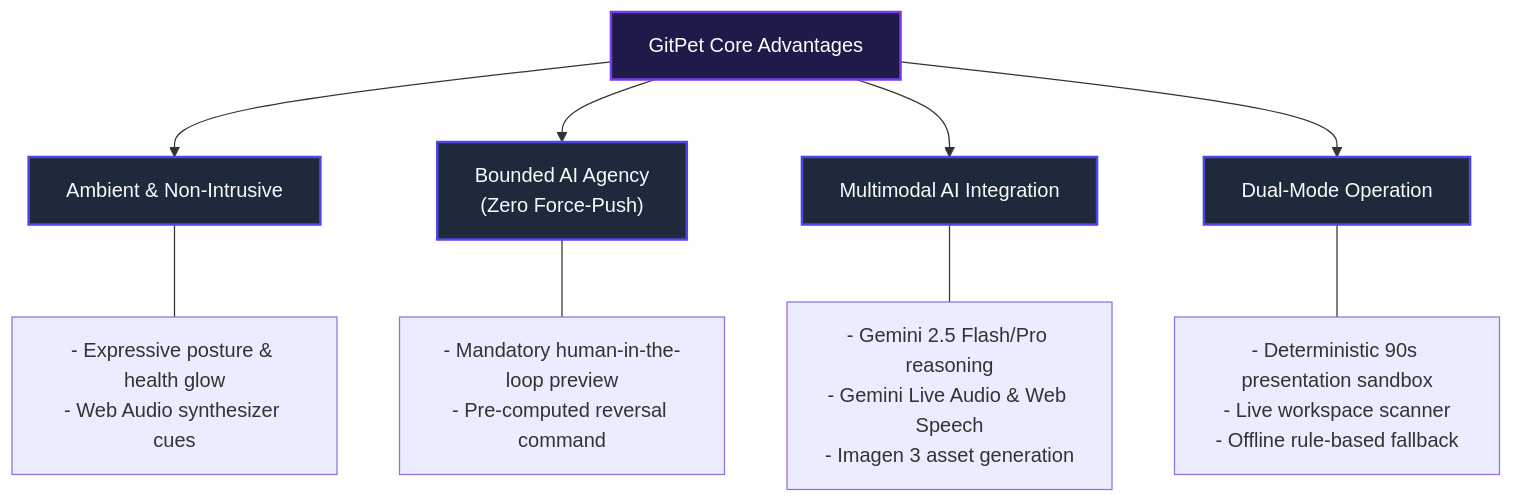
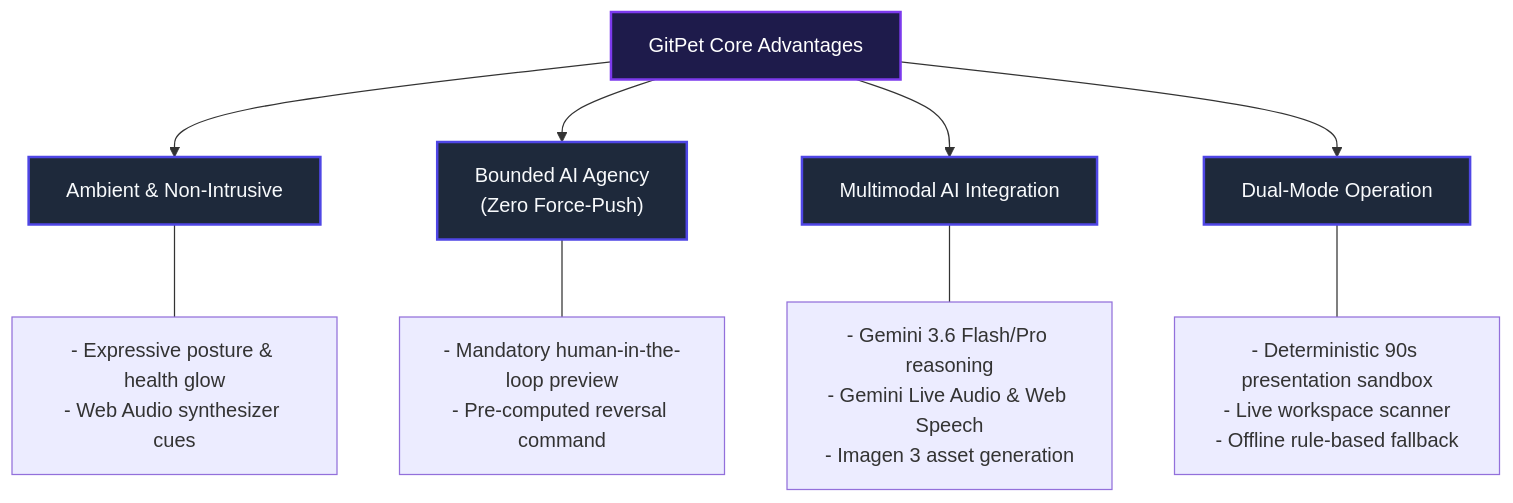
One commit to CanadaDevOpsCommunity2025/DevOps-for-GenAI---Ottawa-2026---Team-05-Ribbon-Patrol changed the diagram in docs/PROJECT_OVERVIEW.md. Above: the diagram before and after it, drawn with Mermaid. The commit also changed other lines of this file and 7 other files, not shown here.

````diff
--- a/docs/PROJECT_OVERVIEW.md
+++ b/docs/PROJECT_OVERVIEW.md
@@ -57,22 +57,22 @@
 ```mermaid
 graph TD
     classDef advantage fill:#1e293b,stroke:#4f46e5,stroke-width:2px,color:#f8fafc;
     classDef header fill:#1e1b4b,stroke:#7c3aed,stroke-width:2px,color:#ffffff;
 
     Title["GitPet Core Advantages"]:::header
 
     Sub1["Ambient & Non-Intrusive"]:::advantage
     Sub2["Bounded AI Agency<br/>(Zero Force-Push)"]:::advantage
     Sub3["Multimodal AI Integration"]:::advantage
     Sub4["Dual-Mode Operation"]:::advantage
 
     Title --> Sub1
     Title --> Sub2
     Title --> Sub3
     Title --> Sub4
 
     Sub1 --- S1["- Expressive posture & health glow<br/>- Web Audio synthesizer cues"]
     Sub2 --- S2["- Mandatory human-in-the-loop preview<br/>- Pre-computed reversal command"]
-    Sub3 --- S3["- Gemini 2.5 Flash/Pro reasoning<br/>- Gemini Live Audio & Web Speech<br/>- Imagen 3 asset generation"]
+    Sub3 --- S3["- Gemini 3.6 Flash/Pro reasoning<br/>- Gemini Live Audio & Web Speech<br/>- Imagen 3 asset generation"]
     Sub4 --- S4["- Deterministic 90s presentation sandbox<br/>- Live workspace scanner<br/>- Offline rule-based fallback"]
 ```
````
